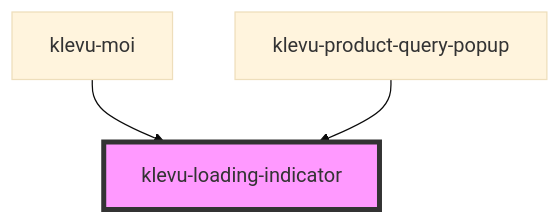
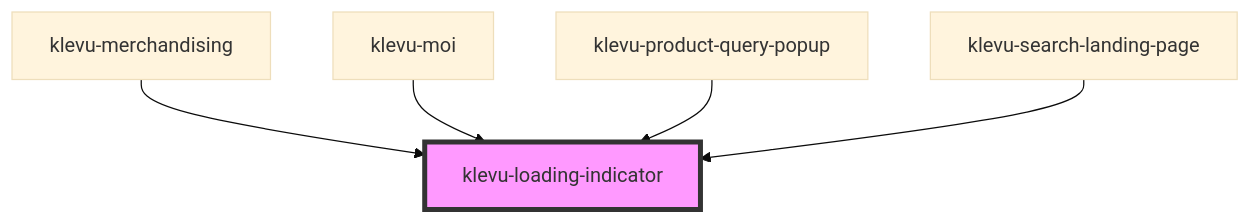
Before and after one commit to klevultd/frontend-sdk: the diagram in packages/klevu-ui/src/components/klevu-loading-indicator/readme.md, drawn with Mermaid (base theme). The commit also changed other lines of this file and 24 other files, not shown here.

````diff
--- a/packages/klevu-ui/src/components/klevu-loading-indicator/readme.md
+++ b/packages/klevu-ui/src/components/klevu-loading-indicator/readme.md
@@ -20,6 +22,8 @@
 ```mermaid
 graph TD;
+  klevu-merchandising --> klevu-loading-indicator
   klevu-moi --> klevu-loading-indicator
   klevu-product-query-popup --> klevu-loading-indicator
+  klevu-search-landing-page --> klevu-loading-indicator
   style klevu-loading-indicator fill:#f9f,stroke:#333,stroke-width:4px
 ```
````
